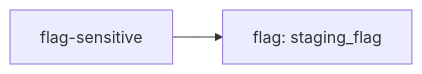
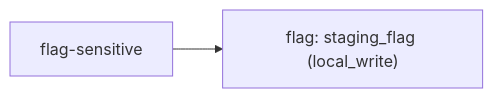
Before and after one commit to Jake36999/Librarian_V2: diagram 13 of 30 in reports/2026-11-20-workflow-map/WORKFLOW-MAP.md, drawn with Mermaid. The commit also changed other lines of this file and 6 other files, not shown here.

````diff
--- a/reports/2026-11-20-workflow-map/WORKFLOW-MAP.md
+++ b/reports/2026-11-20-workflow-map/WORKFLOW-MAP.md
@@ -197,6 +197,6 @@
 ```mermaid
 flowchart LR
   s["flag-sensitive"]
-  n0["flag: staging_flag"]
+  n0["flag: staging_flag (local_write)"]
   s --> n0
 ```
````
